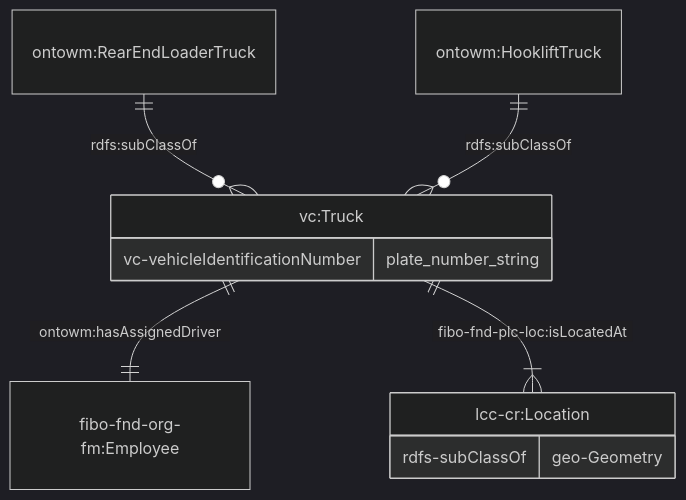
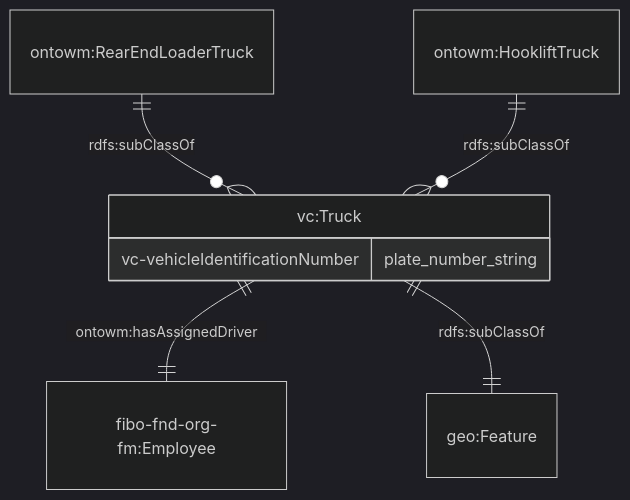
The ninth of 11 diagrams in JPS_Ontology/ontology/ontowastemanagement/README.md (cambridge-cares/TheWorldAvatar), drawn with Mermaid (dark theme) before and after one commit. The commit also changed other lines of this file, not shown here.

````diff
--- a/JPS_Ontology/ontology/ontowastemanagement/README.md
+++ b/JPS_Ontology/ontology/ontowastemanagement/README.md
@@ -403,15 +406,11 @@
 ```mermaid
     erDiagram
     "vc:Truck" ||--|| "fibo-fnd-org-fm:Employee" : "ontowm:hasAssignedDriver"
-    "vc:Truck" ||--|{ "lcc-cr:Location" : "fibo-fnd-plc-loc:isLocatedAt"
-    "lcc-cr:Location" {
-        rdfs-subClassOf geo-Geometry
-    }
-
+    "vc:Truck" ||--|| "geo:Feature" : "rdfs:subClassOf"
     "vc:Truck" {
         vc-vehicleIdentificationNumber plate_number_string
     }
 
     "ontowm:RearEndLoaderTruck" ||--o{ "vc:Truck" : "rdfs:subClassOf"
     "ontowm:HookliftTruck" ||--o{ "vc:Truck" : "rdfs:subClassOf"
 ```
````
